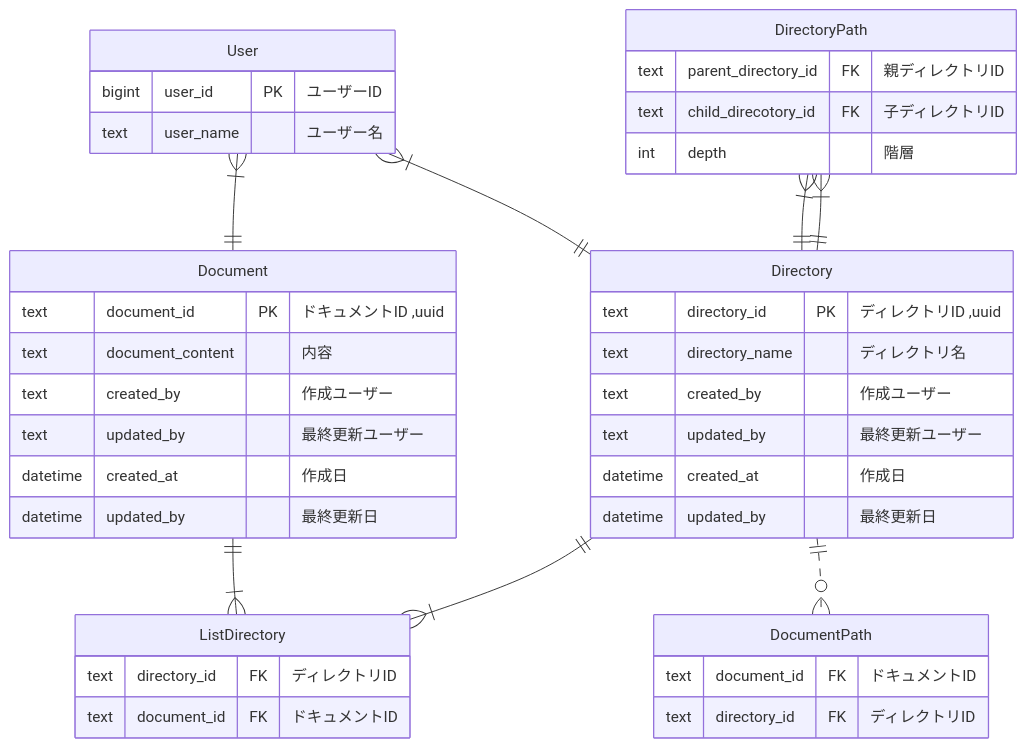
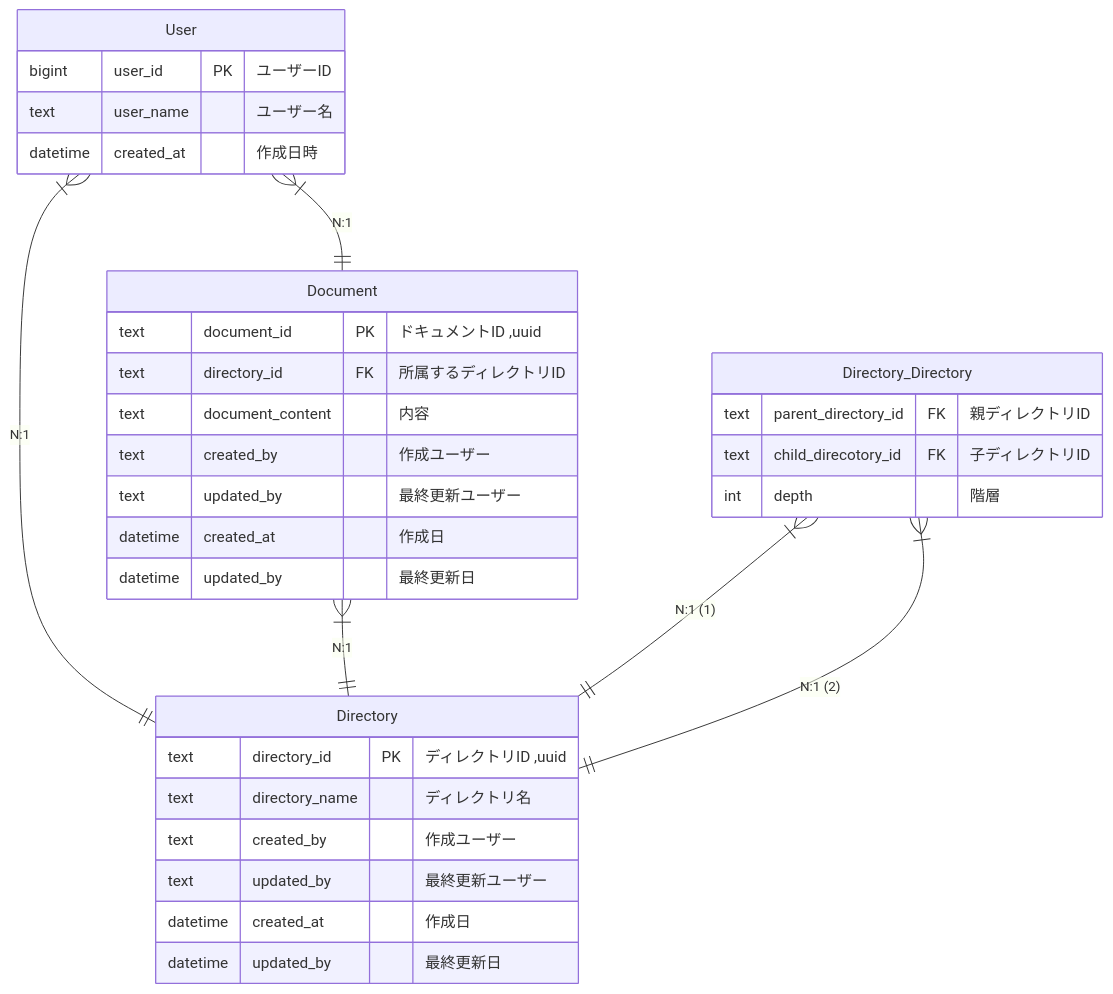
One commit to junseinagao/praha-challenge changed the first of 2 diagrams in データベース設計/DBモデリング3/README.md. Above: the diagram before and after it, drawn with Mermaid. The commit also changed other lines of this file and 1 other file, not shown here.

````diff
--- a/データベース設計/DBモデリング3/README.md
+++ b/データベース設計/DBモデリング3/README.md
@@ -5,54 +5,42 @@
 ```mermaid
 erDiagram
 User {
   bigint user_id PK "ユーザーID"
   text user_name "ユーザー名"
+  datetime created_at "作成日時"
 }
 
-User }|--|| Document : ""
-User }|--|| Directory : ""
+User }|--|| Document : "N:1"
+User }|--|| Directory : "N:1"
 
 Document {
   text document_id PK "ドキュメントID ,uuid"
+  text directory_id FK "所属するディレクトリID"
   text document_content "内容"
   text created_by "作成ユーザー"
   text updated_by "最終更新ユーザー"
   datetime created_at "作成日"
   datetime updated_by "最終更新日"
 }
+
+Document }|--|| Directory : "N:1"
 
 Directory {
   text directory_id PK "ディレクトリID ,uuid"
   text directory_name "ディレクトリ名"
   text created_by "作成ユーザー"
   text updated_by "最終更新ユーザー"
   datetime created_at "作成日"
   datetime updated_by "最終更新日"
 }
 
-Directory ||..o{ DocumentPath :""
-
-DocumentPath {
-  text document_id FK "ドキュメントID"
-  text directory_id FK "ディレクトリID"
-}
-
-ListDirectory {
-  text directory_id FK "ディレクトリID"
-  text document_id FK "ドキュメントID"
-}
-
-Document ||--|{ ListDirectory : ""
-Directory ||--|{ ListDirectory : ""
-
-
-DirectoryPath {
+Directory_Directory {
   text parent_directory_id FK "親ディレクトリID"
   text child_direcotory_id FK "子ディレクトリID"
   int depth "階層"
 }
 
-DirectoryPath }|--|| Directory : ""
-DirectoryPath }|--|| Directory : ""
+Directory_Directory }|--|| Directory : "N:1 (1)"
+Directory_Directory }|--|| Directory : "N:1 (2)"
 
 ```
````
